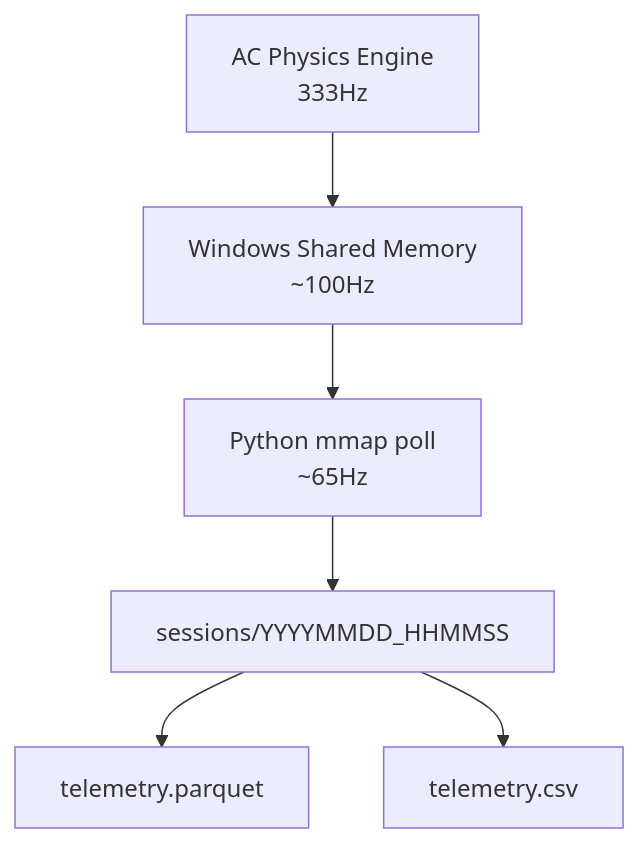
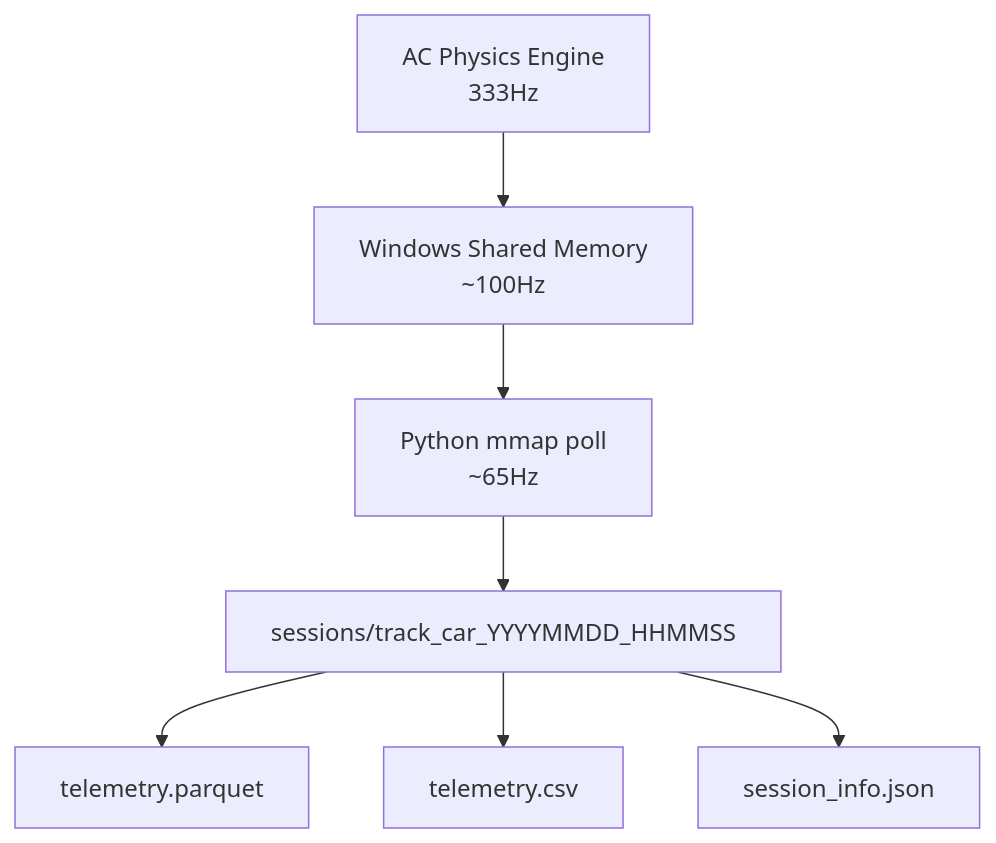
One commit to nasim-raj-laskar/AC-Datalogger changed the diagram in README.md. Above: the diagram before and after it, drawn with Mermaid. The commit also changed other lines of this file, not shown here.

````diff
--- a/README.md
+++ b/README.md
@@ -11,15 +11,17 @@
 ```mermaid
 flowchart TD
-    A["AC Physics Engine<br>333Hz"]
-    B["Windows Shared Memory<br>~100Hz"]
-    C["Python mmap poll<br>~65Hz"]
-    D["sessions/YYYYMMDD_HHMMSS"]
+    A["AC Physics Engine\n333Hz"]
+    B["Windows Shared Memory\n~100Hz"]
+    C["Python mmap poll\n~65Hz"]
+    D["sessions/track_car_YYYYMMDD_HHMMSS"]
     E["telemetry.parquet"]
     F["telemetry.csv"]
+    G["session_info.json"]
 
     A --> B
     B --> C
     C --> D
     D --> E
     D --> F
+    D --> G
 ```
````
